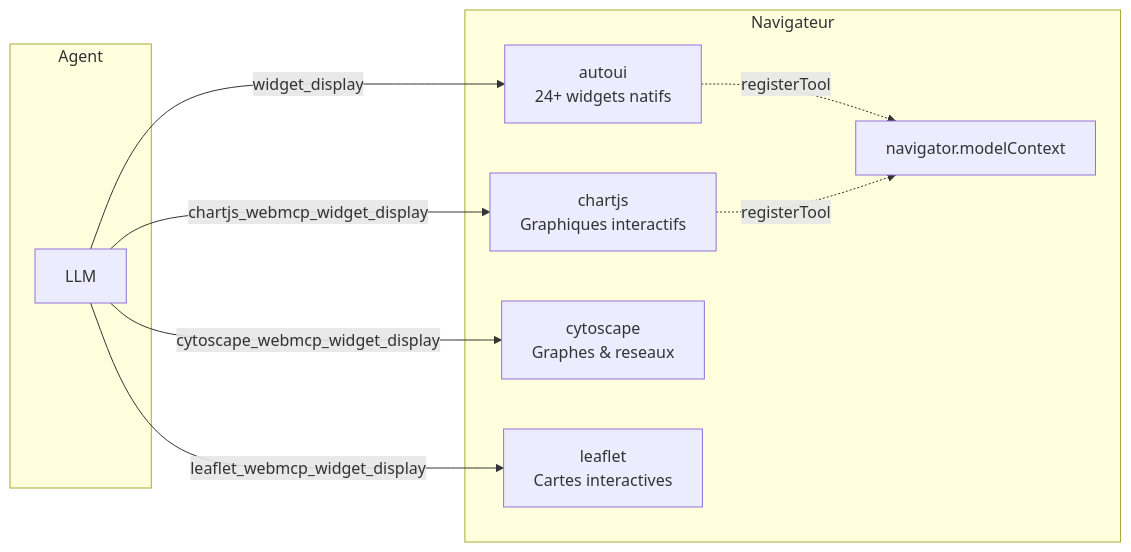
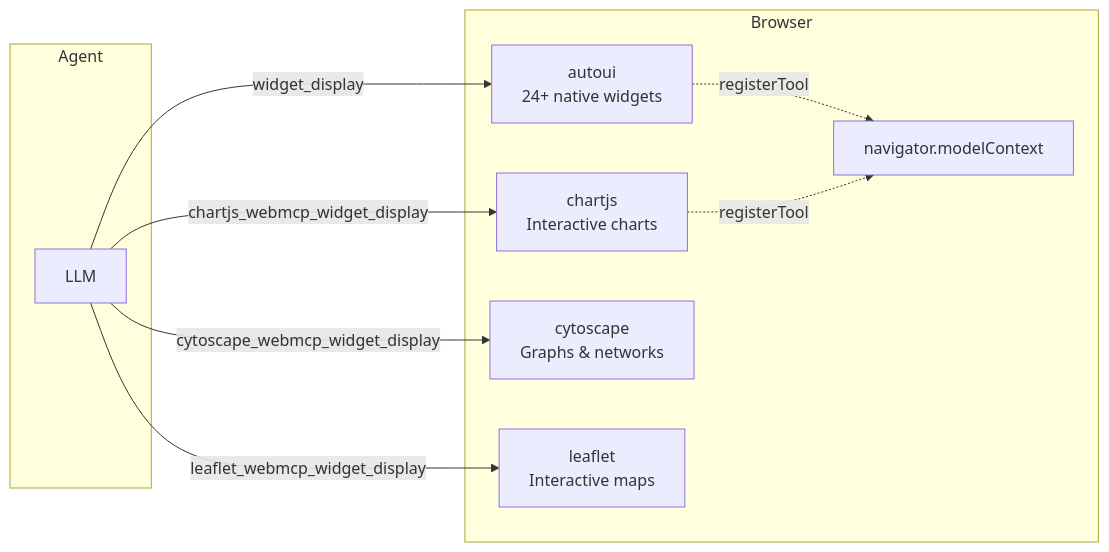
Before and after one commit to jeanbaptiste/webmcp-auto-ui: the first of 2 diagrams in docs/starlight/src/content/docs/concepts/webmcp.md, drawn with Mermaid. The commit also changed other lines of this file and 94 other files, not shown here.

````diff
--- a/docs/starlight/src/content/docs/concepts/webmcp.md
+++ b/docs/starlight/src/content/docs/concepts/webmcp.md
@@ -17,19 +17,19 @@
 ```mermaid
 graph LR
-    subgraph "Navigateur"
-        WM1["autoui<br/>24+ widgets natifs"]
-        WM2["chartjs<br/>Graphiques interactifs"]
-        WM3["cytoscape<br/>Graphes & reseaux"]
-        WM4["leaflet<br/>Cartes interactives"]
+    subgraph "Browser"
+        WM1["autoui<br/>24+ native widgets"]
+        WM2["chartjs<br/>Interactive charts"]
+        WM3["cytoscape<br/>Graphs & networks"]
+        WM4["leaflet<br/>Interactive maps"]
         MC["navigator.modelContext"]
     end
     subgraph "Agent"
         LLM["LLM"]
     end
     LLM -->|widget_display| WM1
     LLM -->|chartjs_webmcp_widget_display| WM2
     LLM -->|cytoscape_webmcp_widget_display| WM3
     LLM -->|leaflet_webmcp_widget_display| WM4
     WM1 -.->|registerTool| MC
     WM2 -.->|registerTool| MC
 ```
````
